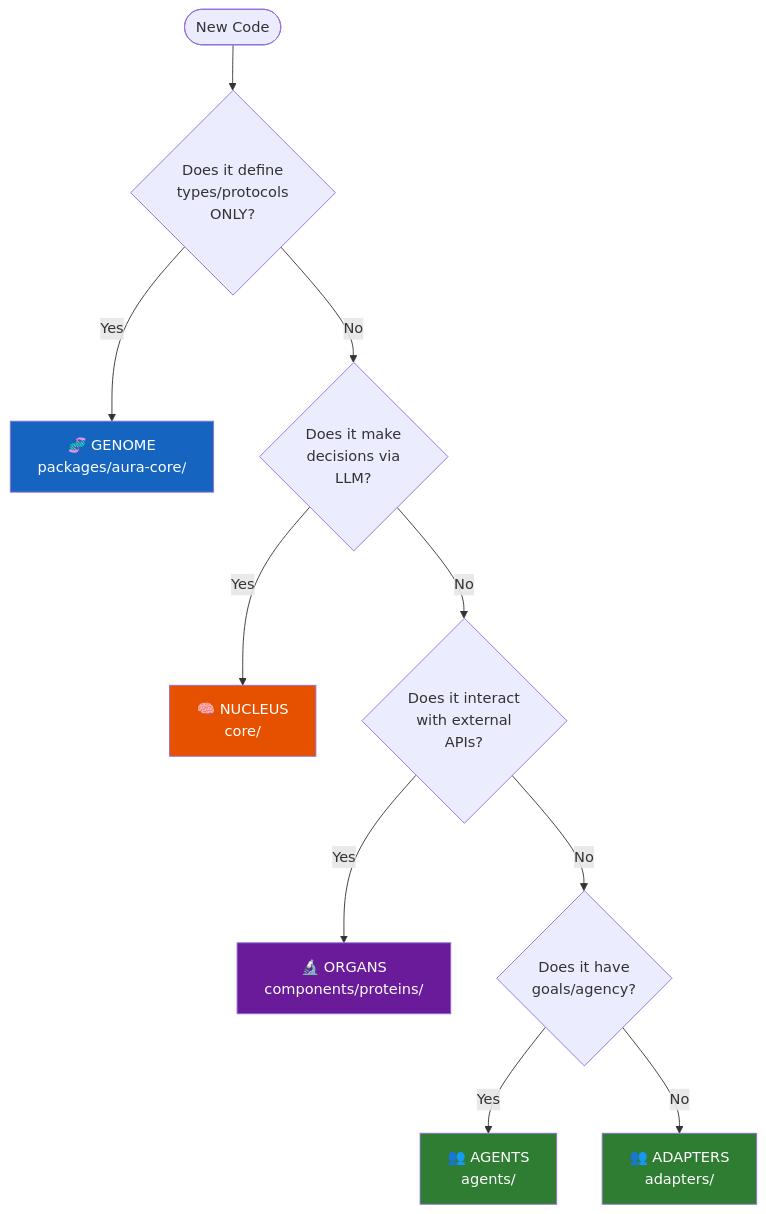
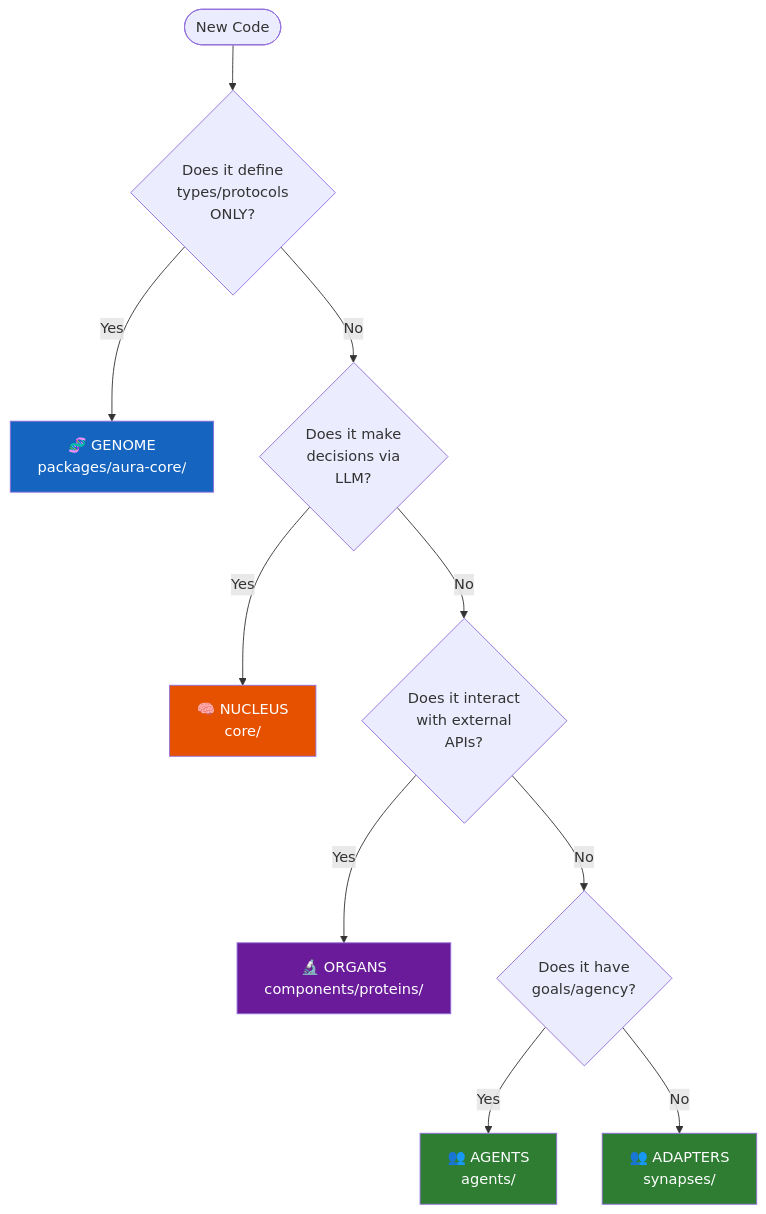
Before and after one commit to heldner/aura: the third of 3 diagrams in docs/visual/hive/four-levels.md, drawn with Mermaid. The commit also changed other lines of this file and 75 other files, not shown here.

````diff
--- a/docs/visual/hive/four-levels.md
+++ b/docs/visual/hive/four-levels.md
@@ -301,18 +301,18 @@
 ```mermaid
 flowchart TD
     Start([New Code]) --> Q1{Does it define<br/>types/protocols<br/>ONLY?}
     Q1 -->|Yes| Genome["🧬 GENOME<br/>packages/aura-core/"]
     Q1 -->|No| Q2{Does it make<br/>decisions via<br/>LLM?}
     Q2 -->|Yes| Nucleus["🧠 NUCLEUS<br/>core/"]
     Q2 -->|No| Q3{Does it interact<br/>with external<br/>APIs?}
     Q3 -->|Yes| Organs["🔬 ORGANS<br/>components/proteins/"]
     Q3 -->|No| Q4{Does it have<br/>goals/agency?}
     Q4 -->|Yes| Agents["👥 AGENTS<br/>agents/"]
-    Q4 -->|No| Adapters["👥 ADAPTERS<br/>adapters/"]
+    Q4 -->|No| Adapters["👥 ADAPTERS<br/>synapses/"]
 
     style Genome fill:#1565c0,color:#fff
     style Nucleus fill:#e65100,color:#fff
     style Organs fill:#6a1b9a,color:#fff
     style Agents fill:#2e7d32,color:#fff
     style Adapters fill:#2e7d32,color:#fff
 ```
````
